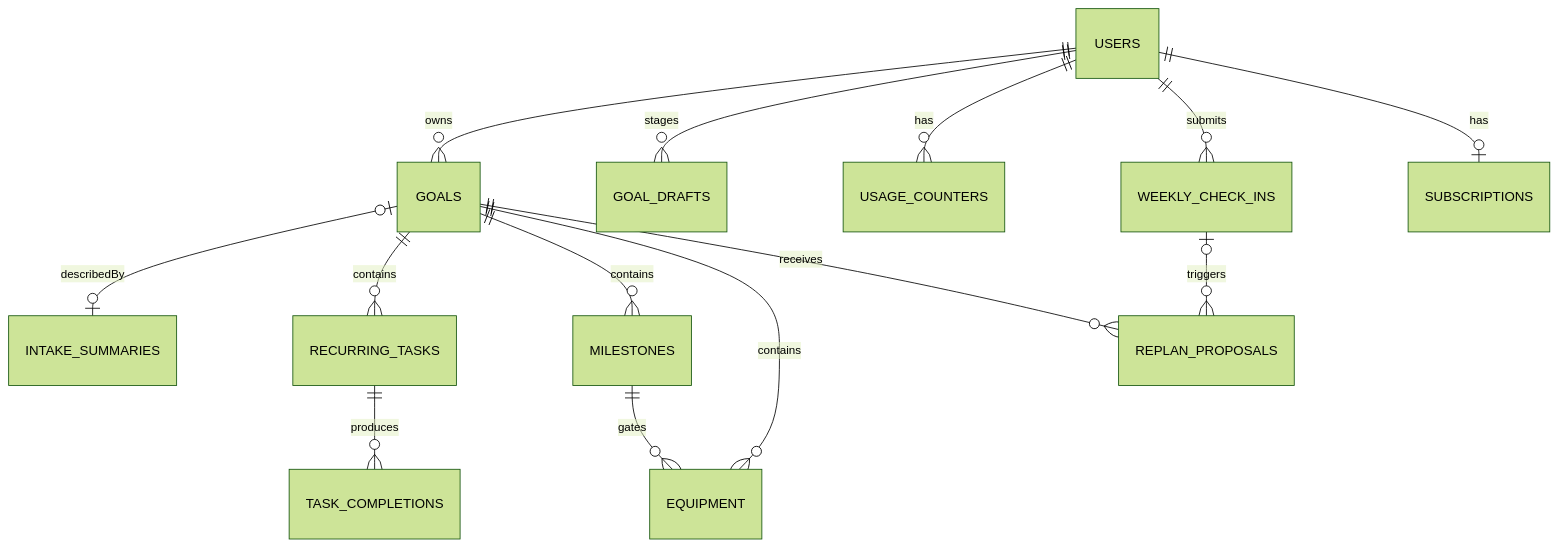
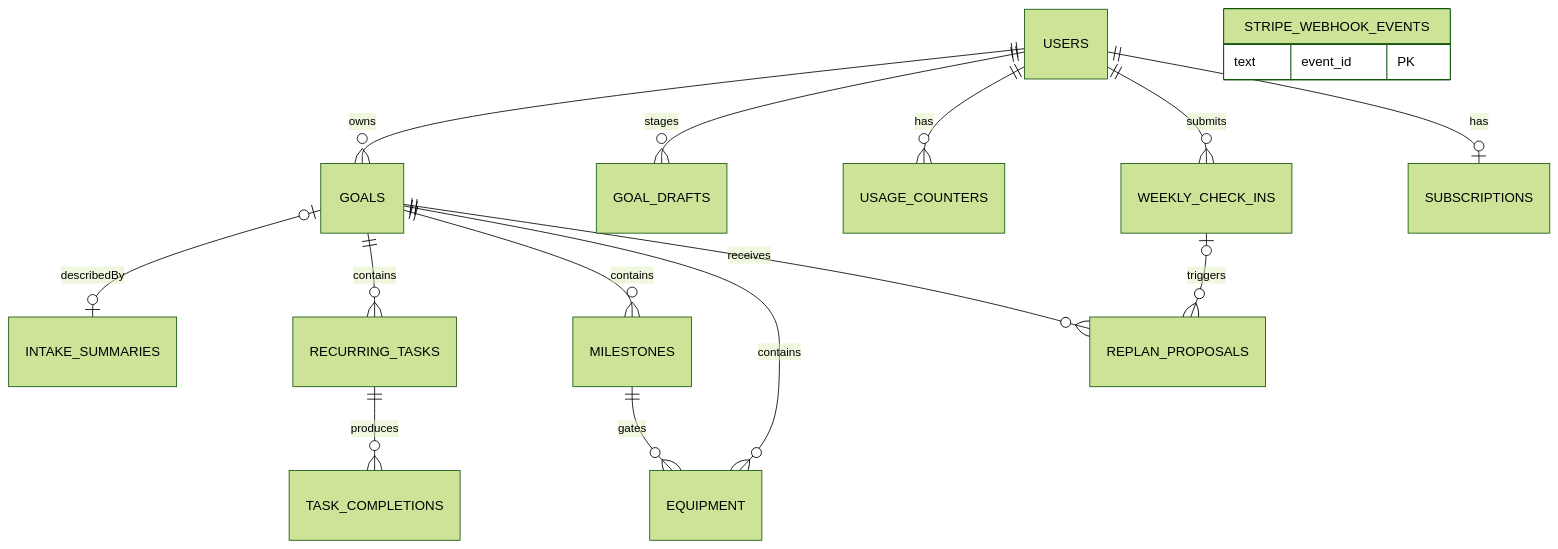
One commit to MuratAlkan06/strix changed the diagram in PLAN.md. Above: the diagram before and after it, drawn with Mermaid (forest theme). The commit also changed other lines of this file and 7 other files, not shown here.

````diff
--- a/PLAN.md
+++ b/PLAN.md
@@ -33,16 +33,19 @@
 ```mermaid
 erDiagram
     USERS ||--o{ GOALS : owns
     USERS ||--o{ GOAL_DRAFTS : stages
     USERS ||--o{ USAGE_COUNTERS : has
     USERS ||--o{ WEEKLY_CHECK_INS : submits
     USERS ||--o| SUBSCRIPTIONS : has
     GOALS |o--o| INTAKE_SUMMARIES : describedBy
     GOALS ||--o{ RECURRING_TASKS : contains
     GOALS ||--o{ MILESTONES : contains
     GOALS ||--o{ EQUIPMENT : contains
     GOALS ||--o{ REPLAN_PROPOSALS : receives
     RECURRING_TASKS ||--o{ TASK_COMPLETIONS : produces
     MILESTONES ||--o{ EQUIPMENT : gates
     WEEKLY_CHECK_INS |o--o{ REPLAN_PROPOSALS : triggers
+    STRIPE_WEBHOOK_EVENTS {
+        text event_id PK
+    }
 ```
````
